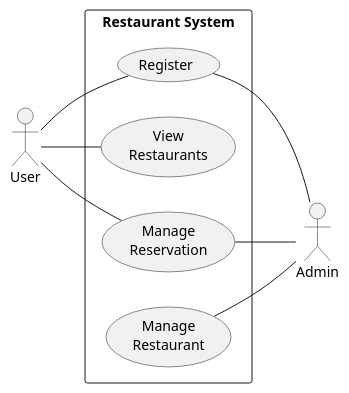
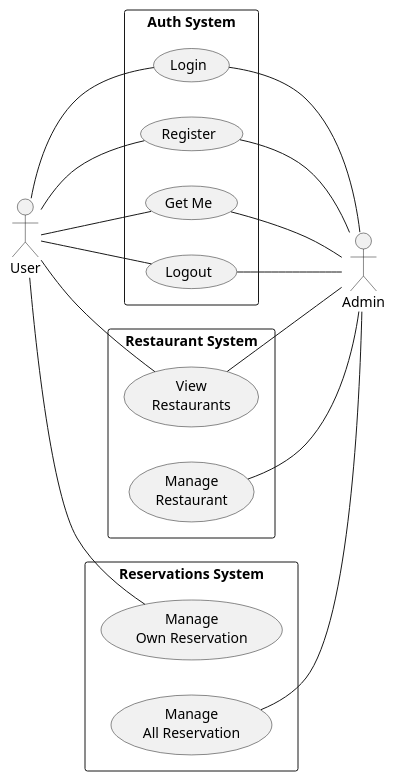
One commit to Sun-sh1nee/Backend-Restaurant changed the diagram in diagram/UseCase_diagram copy.puml. Above: the diagram before and after it, drawn with PlantUML. The commit also changed 4 other files, not shown here.

```diff
--- a/diagram/UseCase_diagram copy.puml
+++ b/diagram/UseCase_diagram copy.puml
@@ -1,23 +1,43 @@
 @startuml Restaurant System Use Case Diagram
 
 left to right direction
 
 actor "User" as user
 actor "Admin" as admin
 
+rectangle "Auth System" as authSystem {
+    usecase "Login" as login
+    usecase "Register" as register
+    usecase "Get Me" as getme
+    usecase "Logout" as logout
+}
+
 rectangle "Restaurant System" as ResSystem {
-    usecase "Register" as register
     usecase "View\nRestaurants" as viewRestaurant
-    usecase "Manage\nReservation" as manageReservation
     usecase "Manage\nRestaurant" as manageRestaurant
 }
 
+rectangle "Reservations System" as reserSystem {
+    usecase "Manage\nOwn Reservation" as manageOwnReservation
+    usecase "Manage\nAll Reservation" as manageAllReservation
+}
+
+
+user -- login
 user -- register
+user -- getme
+user -- logout
+login -- admin
+register -- admin
+getme -- admin
+logout -- admin
+
 user -- viewRestaurant
-user -- manageReservation
+manageRestaurant -- admin
+viewRestaurant -- admin
 
-register -- admin
-manageReservation -- admin
-manageRestaurant -- admin
+user -- manageOwnReservation
+manageAllReservation -- admin
+
 
 @enduml
```
